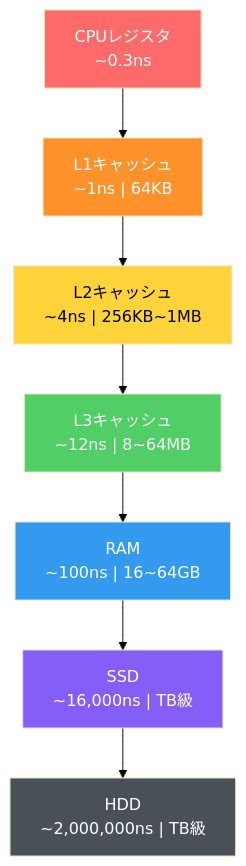
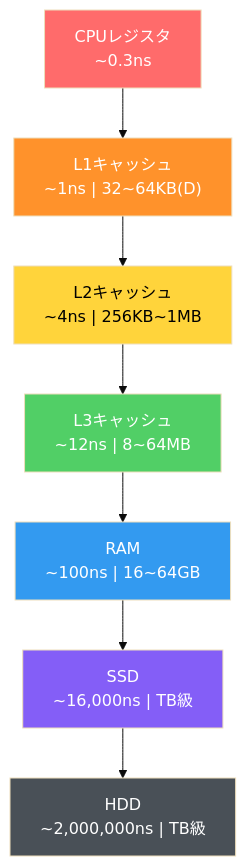
The first of 4 diagrams in _posts/CS/2026-03-10-ArrayAndLinkedList.ja.md (Epheria/Epheria.github.io), drawn with Mermaid (base theme) before and after one commit. The commit also changed other lines of this file and 2 other files, not shown here.

````diff
--- a/_posts/CS/2026-03-10-ArrayAndLinkedList.ja.md
+++ b/_posts/CS/2026-03-10-ArrayAndLinkedList.ja.md
@@ -84,17 +84,17 @@
 ```mermaid
 graph TD
-    REG["CPUレジスタ<br/>~0.3ns"] --> L1["L1キャッシュ<br/>~1ns | 64KB"]
+    REG["CPUレジスタ<br/>~0.3ns"] --> L1["L1キャッシュ<br/>~1ns | 32~64KB(D)"]
     L1 --> L2["L2キャッシュ<br/>~4ns | 256KB~1MB"]
     L2 --> L3["L3キャッシュ<br/>~12ns | 8~64MB"]
     L3 --> RAM["RAM<br/>~100ns | 16~64GB"]
     RAM --> SSD["SSD<br/>~16,000ns | TB級"]
     SSD --> HDD["HDD<br/>~2,000,000ns | TB級"]
 
     style REG fill:#ff6b6b,color:#fff
     style L1 fill:#ff922b,color:#fff
     style L2 fill:#ffd43b,color:#000
     style L3 fill:#51cf66,color:#fff
     style RAM fill:#339af0,color:#fff
     style SSD fill:#845ef7,color:#fff
     style HDD fill:#495057,color:#fff
 ```
````
